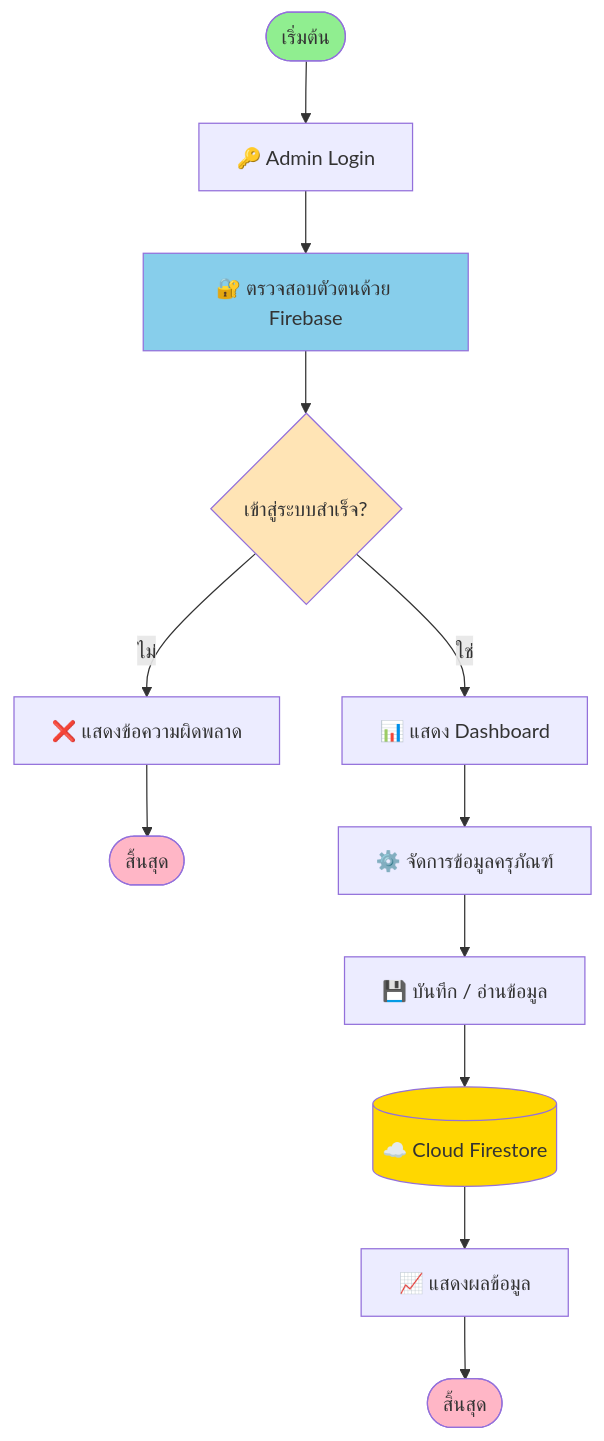
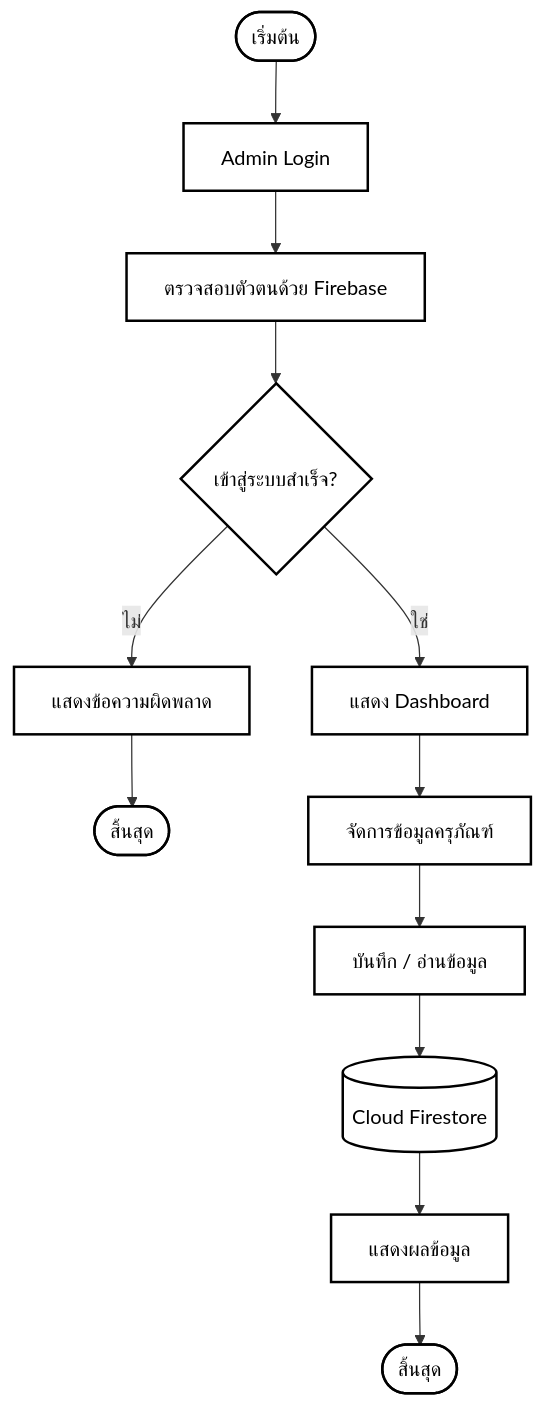
One commit to jaturawit-c-Gb/work changed the diagram in flowchart.md. Above: the diagram before and after it, drawn with Mermaid.

Commit message:
Update flowchart styles and text in flowchart.md

````diff
--- a/flowchart.md
+++ b/flowchart.md
@@ -3,34 +3,40 @@
 ```mermaid
 flowchart TD
     Start([เริ่มต้น])
-    Login["🔑 Admin Login"]
-    Firebase["🔐 ตรวจสอบตัวตนด้วย Firebase"]
+    Login["Admin Login"]
+    Firebase["ตรวจสอบตัวตนด้วย Firebase"]
     Decision{เข้าสู่ระบบสำเร็จ?}
-    Error["❌ แสดงข้อความผิดพลาด"]
+    Error["แสดงข้อความผิดพลาด"]
     End1([สิ้นสุด])
-    Dashboard["📊 แสดง Dashboard"]
-    Manage["⚙️ จัดการข้อมูลครุภัณฑ์"]
-    ReadWrite["💾 บันทึก / อ่านข้อมูล"]
-    Firestore[(☁️ Cloud Firestore)]
-    Display["📈 แสดงผลข้อมูล"]
+    Dashboard["แสดง Dashboard"]
+    Manage["จัดการข้อมูลครุภัณฑ์"]
+    ReadWrite["บันทึก / อ่านข้อมูล"]
+    Firestore[("Cloud Firestore")]
+    Display["แสดงผลข้อมูล"]
     End2([สิ้นสุด])
     
     Start --> Login
     Login --> Firebase
     Firebase --> Decision
     Decision -->|ไม่| Error
     Error --> End1
     Decision -->|ใช่| Dashboard
     Dashboard --> Manage
     Manage --> ReadWrite
     ReadWrite --> Firestore
     Firestore --> Display
     Display --> End2
     
-    style Start fill:#90EE90
-    style End1 fill:#FFB6C6
-    style End2 fill:#FFB6C6
-    style Firebase fill:#87CEEB
-    style Firestore fill:#FFD700
-    style Decision fill:#FFE4B5
+    style Start fill:#ffffff,stroke:#000000,stroke-width:2px,color:#000000
+    style End1 fill:#ffffff,stroke:#000000,stroke-width:2px,color:#000000
+    style End2 fill:#ffffff,stroke:#000000,stroke-width:2px,color:#000000
+    style Login fill:#ffffff,stroke:#000000,stroke-width:2px,color:#000000
+    style Firebase fill:#ffffff,stroke:#000000,stroke-width:2px,color:#000000
+    style Decision fill:#ffffff,stroke:#000000,stroke-width:2px,color:#000000
+    style Error fill:#ffffff,stroke:#000000,stroke-width:2px,color:#000000
+    style Dashboard fill:#ffffff,stroke:#000000,stroke-width:2px,color:#000000
+    style Manage fill:#ffffff,stroke:#000000,stroke-width:2px,color:#000000
+    style ReadWrite fill:#ffffff,stroke:#000000,stroke-width:2px,color:#000000
+    style Firestore fill:#ffffff,stroke:#000000,stroke-width:2px,color:#000000
+    style Display fill:#ffffff,stroke:#000000,stroke-width:2px,color:#000000
 ```
````
